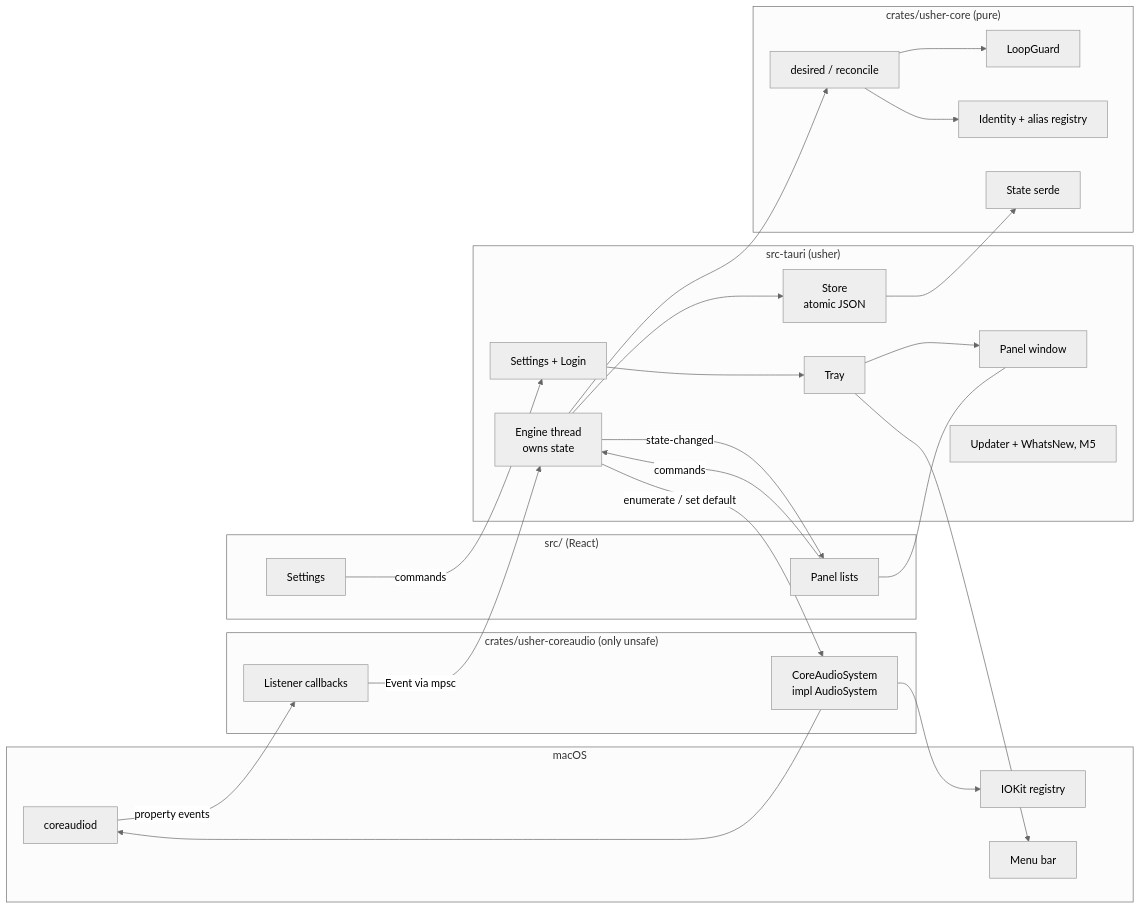
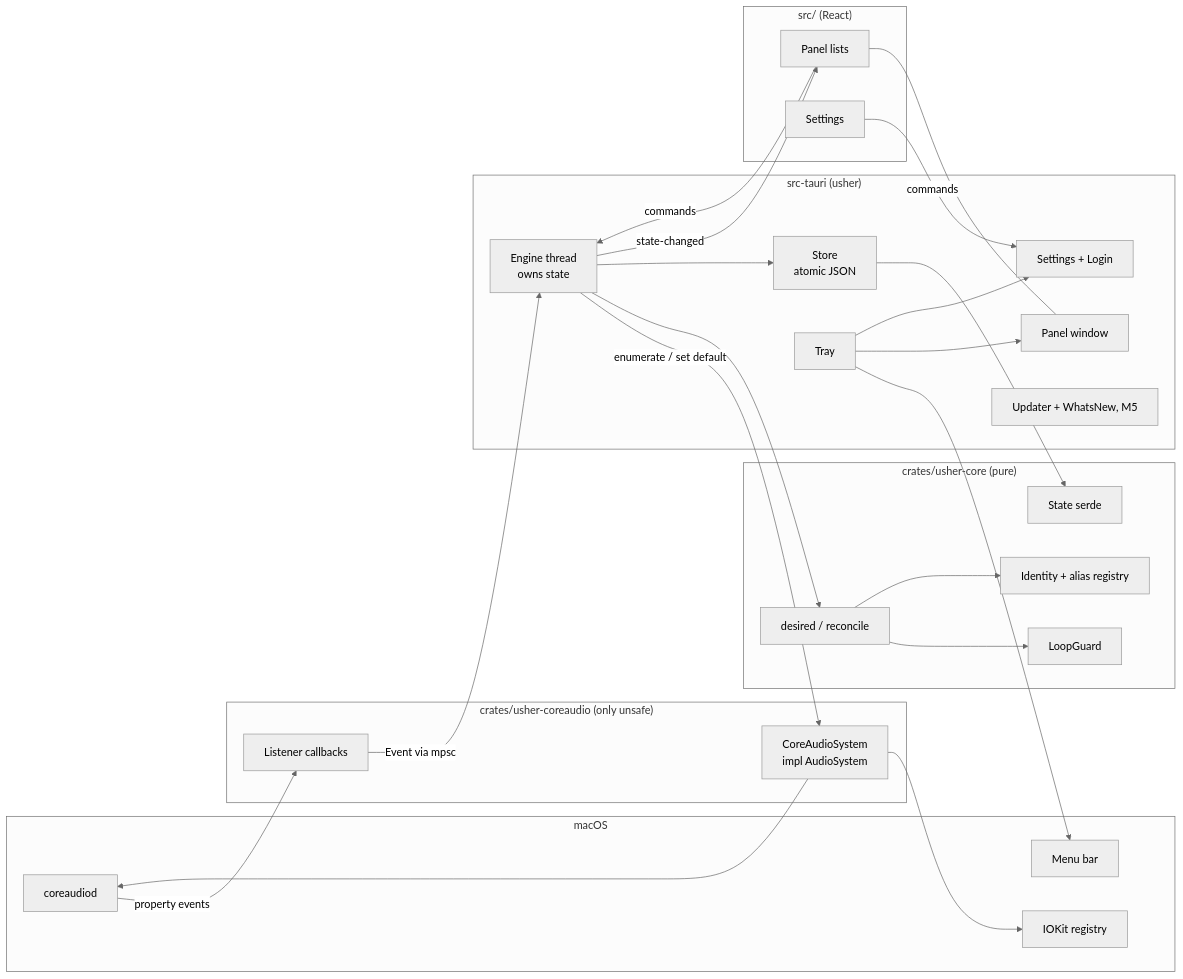
The first of 5 diagrams in docs/architecture/overview.md (cef62/usher), drawn with Mermaid (neutral theme) before and after one commit. The commit also changed 2 other files, not shown here.

Commit message:
fix(app): panel window visible on all Spaces

````diff
--- a/docs/architecture/overview.md
+++ b/docs/architecture/overview.md
@@ -7,52 +7,52 @@
 ```mermaid
 flowchart LR
   subgraph macOS
     CA[coreaudiod]
     IOK[IOKit registry]
     TRAY[Menu bar]
   end
 
   subgraph coreaudio["crates/usher-coreaudio (only unsafe)"]
     SYS[CoreAudioSystem<br/>impl AudioSystem]
     LIS[Listener callbacks]
   end
 
   subgraph core["crates/usher-core (pure)"]
     POL[desired / reconcile]
     GUARD[LoopGuard]
     ID[Identity + alias registry]
     ST[State serde]
   end
 
   subgraph app["src-tauri (usher)"]
     ENG[Engine thread<br/>owns state]
     STORE[Store<br/>atomic JSON]
     TRAYW[Tray]
     PW[Panel window]
     SL[Settings + Login]
     UPD[Updater + WhatsNew, M5]
   end
 
   subgraph ui["src/ (React)"]
     PANEL[Panel lists]
     SET[Settings]
   end
 
   CA -- property events --> LIS
   LIS -- Event via mpsc --> ENG
   ENG -- enumerate / set default --> SYS
   SYS --> CA
   SYS --> IOK
   ENG --> POL
   POL --> GUARD
   POL --> ID
   ENG --> STORE
   STORE --> ST
   ENG -- state-changed --> PANEL
   PANEL -- commands --> ENG
   TRAYW --> TRAY
   TRAYW --> PW
-  SL --> TRAYW
+  TRAYW --> SL
   PANEL --- PW
   SET -- commands --> SL
 ```
````
